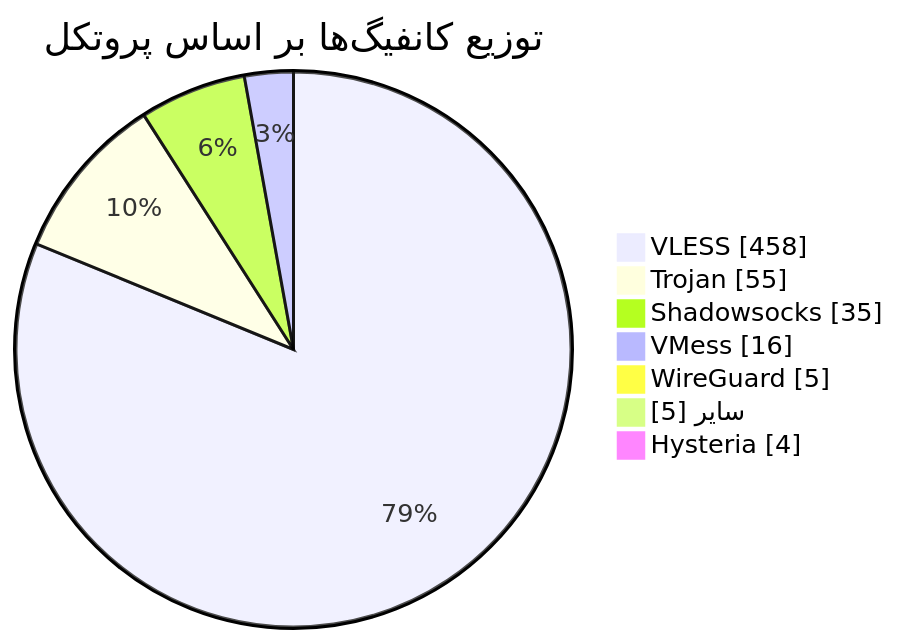
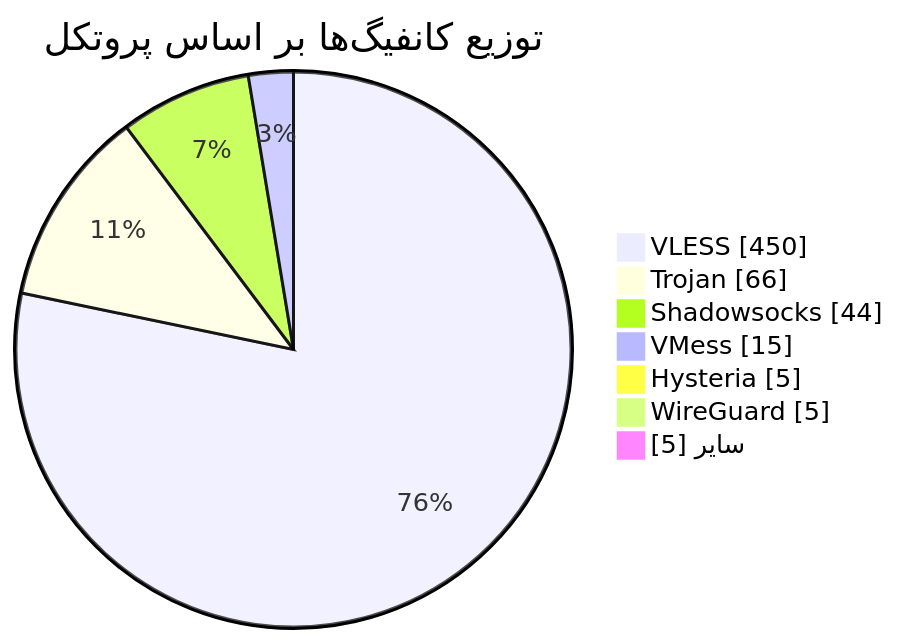
One commit to Arian-Alijani/Somthing changed the diagram in README.md. Above: the diagram before and after it, drawn with Mermaid. The commit also changed other lines of this file and 19 other files, not shown here.

````diff
--- a/README.md
+++ b/README.md
@@ -49,11 +49,11 @@
 ```mermaid
 pie showData
     title توزیع کانفیگ‌ها بر اساس پروتکل
-    "VLESS" : 458
-    "Trojan" : 55
-    "Shadowsocks" : 35
-    "VMess" : 16
+    "VLESS" : 450
+    "Trojan" : 66
+    "Shadowsocks" : 44
+    "VMess" : 15
+    "Hysteria" : 5
     "WireGuard" : 5
     "سایر" : 5
-    "Hysteria" : 4
 ```
````
